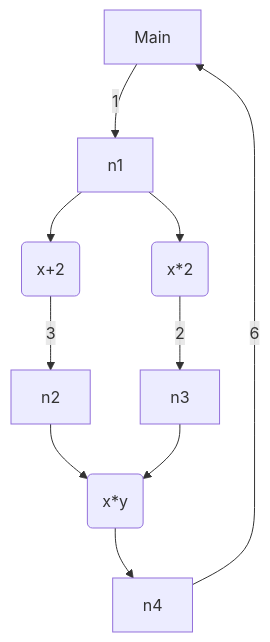
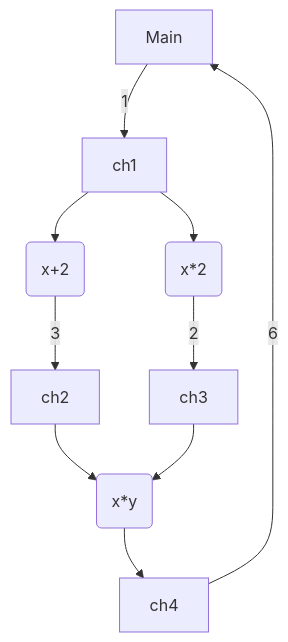
The second of 2 diagrams in README.md (akiradeveloper/csplib), drawn with Mermaid before and after one commit. The commit also changed other lines of this file, not shown here.

````diff
--- a/README.md
+++ b/README.md
@@ -5,12 +52,12 @@
 ```mermaid
 flowchart TD
-  Main -->|1| n1
-  n1 --> P1(x+2)
-  n1 --> P2(x*2)
-  P1 -->|3| n2
-  P2 -->|2| n3
-  n2 --> P4(x*y)
-  n3 --> P4
-  P4 --> n4
-  n4 -->|6| Main
+  Main -->|1| ch1
+  ch1 --> P1(x+2)
+  ch1 --> P2(x*2)
+  P1 -->|3| ch2
+  P2 -->|2| ch3
+  ch2 --> P4(x*y)
+  ch3 --> P4
+  P4 --> ch4
+  ch4 -->|6| Main
 ```
````
